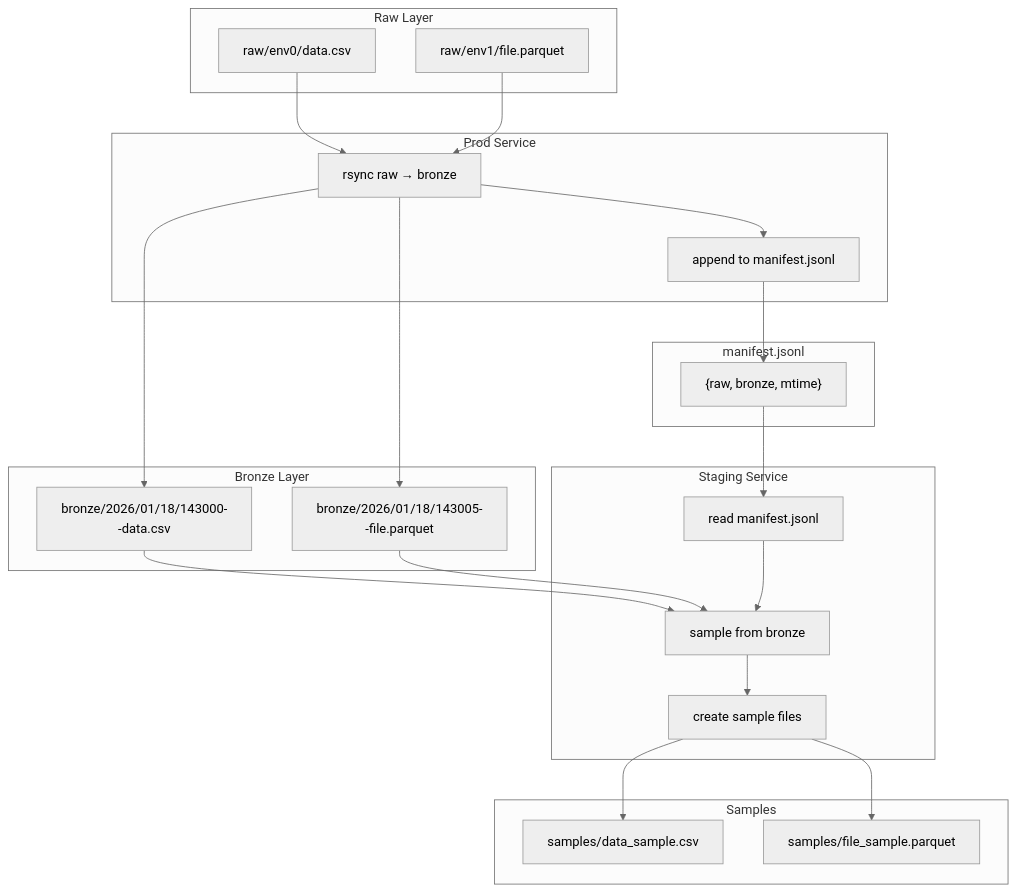
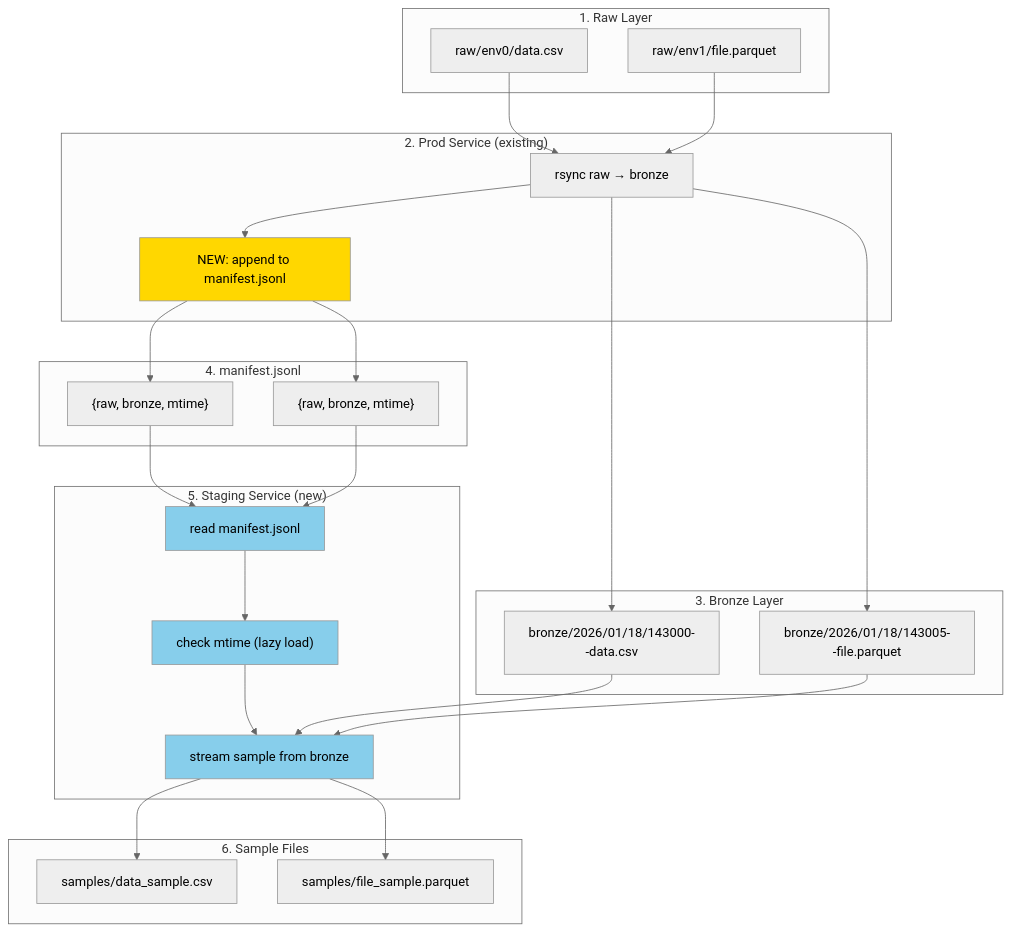
Diagram 14 of 22 in docs/brainstorms/staging-manifest.md (ThanuMahee12/AgentContext), drawn with Mermaid (neutral theme) before and after one commit. The commit also changed other lines of this file, not shown here.

Commit message:
docs: complete staging-manifest design with end-to-end diagrams

````diff
--- a/docs/brainstorms/staging-manifest.md
+++ b/docs/brainstorms/staging-manifest.md
@@ -15,46 +312,54 @@
 ```mermaid
 flowchart TB
-    subgraph RAW["Raw Layer"]
+    subgraph RAW["1. Raw Layer"]
         R1["raw/env0/data.csv"]
         R2["raw/env1/file.parquet"]
     end
 
-    subgraph PROD["Prod Service"]
+    subgraph PROD["2. Prod Service (existing)"]
         P1["rsync raw → bronze"]
-        P2["append to manifest.jsonl"]
+        P2["NEW: append to manifest.jsonl"]
     end
 
-    subgraph BRONZE["Bronze Layer"]
+    subgraph BRONZE["3. Bronze Layer"]
         B1["bronze/2026/01/18/143000--data.csv"]
         B2["bronze/2026/01/18/143005--file.parquet"]
     end
 
-    subgraph MANIFEST["manifest.jsonl"]
+    subgraph MANIFEST["4. manifest.jsonl"]
         M1["{raw, bronze, mtime}"]
+        M2["{raw, bronze, mtime}"]
     end
 
-    subgraph STAGING["Staging Service"]
+    subgraph STAGING["5. Staging Service (new)"]
         S1["read manifest.jsonl"]
-        S2["sample from bronze"]
-        S3["create sample files"]
+        S2["check mtime (lazy load)"]
+        S3["stream sample from bronze"]
     end
 
-    subgraph SAMPLES["Samples"]
+    subgraph SAMPLES["6. Sample Files"]
         SA1["samples/data_sample.csv"]
         SA2["samples/file_sample.parquet"]
     end
 
     R1 --> P1
     R2 --> P1
     P1 --> B1
     P1 --> B2
     P1 --> P2
     P2 --> M1
-    B1 --> S2
-    B2 --> S2
+    P2 --> M2
     M1 --> S1
+    M2 --> S1
     S1 --> S2
     S2 --> S3
+    B1 --> S3
+    B2 --> S3
     S3 --> SA1
     S3 --> SA2
+
+    style P2 fill:#FFD700
+    style S1 fill:#87CEEB
+    style S2 fill:#87CEEB
+    style S3 fill:#87CEEB
 ```
````
